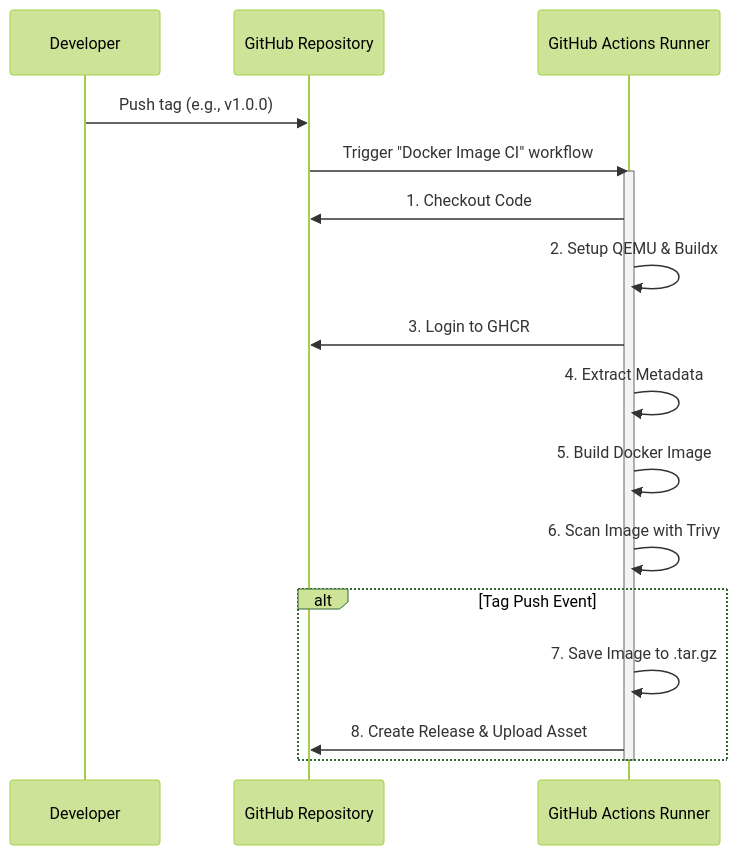
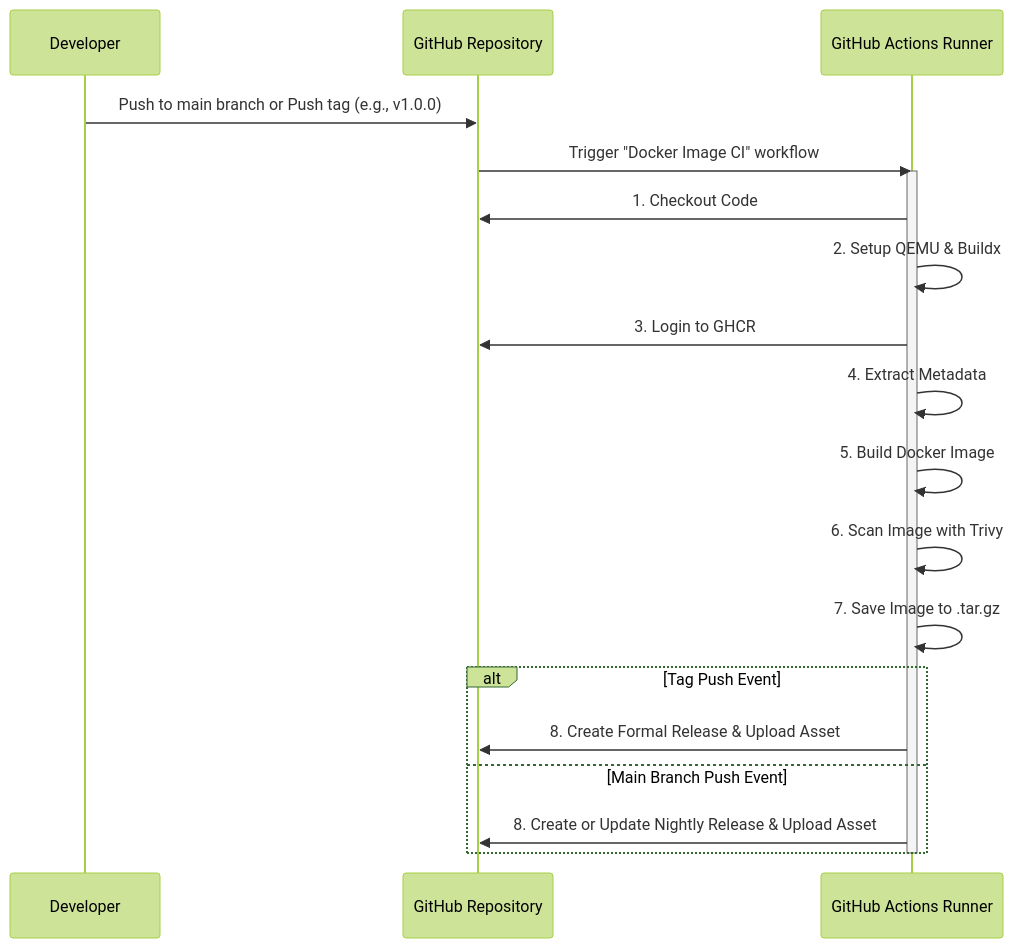
Before and after one commit to sifi-imaging-temp-org/streamlit_sample_app: the diagram in README.md, drawn with Mermaid (forest theme). The commit also changed other lines of this file, not shown here.

````diff
--- a/README.md
+++ b/README.md
@@ -56,25 +56,27 @@
 ```mermaid
 sequenceDiagram
     participant Developer
     participant GitHub Repository
     participant GitHub Actions Runner
 
-    Developer->>GitHub Repository: Push tag (e.g., v1.0.0)
+    Developer->>GitHub Repository: Push to main branch or Push tag (e.g., v1.0.0)
     GitHub Repository->>GitHub Actions Runner: Trigger "Docker Image CI" workflow
 
     activate GitHub Actions Runner
     GitHub Actions Runner->>GitHub Repository: 1. Checkout Code
     GitHub Actions Runner->>GitHub Actions Runner: 2. Setup QEMU & Buildx
     GitHub Actions Runner->>GitHub Repository: 3. Login to GHCR
     GitHub Actions Runner->>GitHub Actions Runner: 4. Extract Metadata
     GitHub Actions Runner->>GitHub Actions Runner: 5. Build Docker Image
     GitHub Actions Runner->>GitHub Actions Runner: 6. Scan Image with Trivy
+    GitHub Actions Runner->>GitHub Actions Runner: 7. Save Image to .tar.gz
 
     alt Tag Push Event
-        GitHub Actions Runner->>GitHub Actions Runner: 7. Save Image to .tar.gz
-        GitHub Actions Runner->>GitHub Repository: 8. Create Release & Upload Asset
+        GitHub Actions Runner->>GitHub Repository: 8. Create Formal Release & Upload Asset
+    else Main Branch Push Event
+        GitHub Actions Runner->>GitHub Repository: 8. Create or Update Nightly Release & Upload Asset
     end
 
     deactivate GitHub Actions Runner
 
 ```
````
